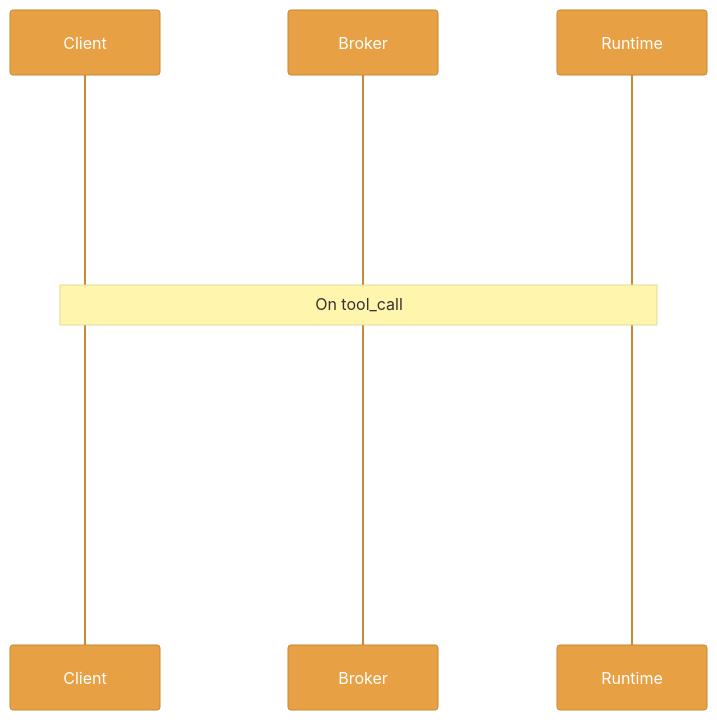
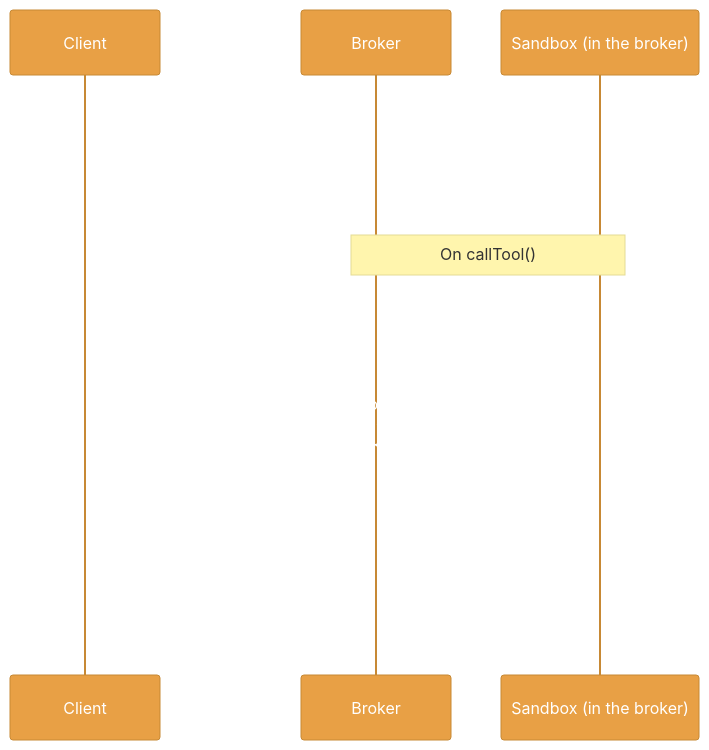
One commit to agentfront/enclave changed the first of 2 diagrams in docs/enclave/concepts/streaming-protocol.mdx. Above: the diagram before and after it, drawn with Mermaid. The commit also changed other lines of this file and 22 other files, not shown here.

````diff
--- a/docs/enclave/concepts/streaming-protocol.mdx
+++ b/docs/enclave/concepts/streaming-protocol.mdx
@@ -10,19 +10,19 @@
 ```mermaid
 %%{init: {'theme': 'base', 'themeVariables': { 'primaryColor': '#e8a045', 'primaryTextColor': '#fff', 'primaryBorderColor': '#c78935', 'lineColor': '#c78935', 'secondaryColor': '#f0b865', 'tertiaryColor': '#fff5e6'}}}%%
 sequenceDiagram
     participant C as Client
     participant B as Broker
-    participant R as Runtime
+    participant S as Sandbox (in the broker)
 
-    C->>B: HTTP POST (execute code)
-    B->>R: WebSocket (start session)
-    R-->>B: Events
-    B-->>C: NDJSON Stream (events)
-    Note over C,R: On tool_call
-    C->>B: Tool Result
-    B->>R: Tool Result
-    R-->>B: Continue
-    B-->>C: More Events
-    R-->>B: Complete
-    B-->>C: Final Event
+    C->>B: HTTP POST /sessions (code)
+    B->>S: Run the script
+    B-->>C: NDJSON stream: session_init
+    Note over B,S: On callTool()
+    S->>B: Tool call
+    B-->>C: tool_call
+    B->>B: Run the tool handler
+    B->>S: Tool result
+    B-->>C: tool_result_applied
+    S-->>B: Script returns
+    B-->>C: final
 ```
````
